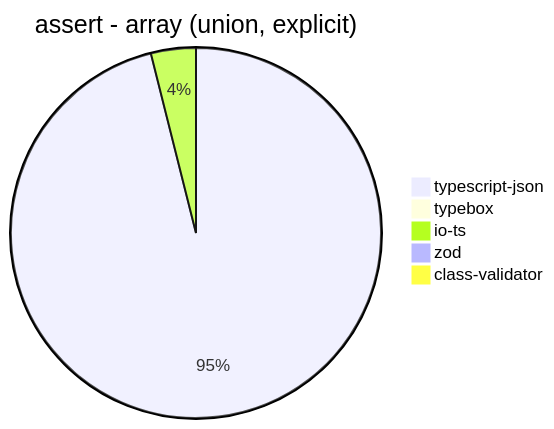
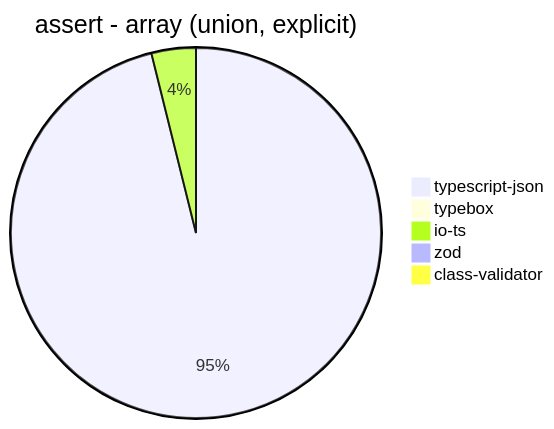
Diagram 14 of 38 in benchmark/results/11th Gen Intel(R) Core(TM) i5-1135G7 @ 2.40GHz.md (samchon/typia), drawn with Mermaid before and after one commit. The commit also changed other lines of this file and 364 other files, not shown here.

````diff
--- a/benchmark/results/11th Gen Intel(R) Core(TM) i5-1135G7 @ 2.40GHz.md
+++ b/benchmark/results/11th Gen Intel(R) Core(TM) i5-1135G7 @ 2.40GHz.md
@@ -176,8 +176,8 @@
 ```mermaid
 pie title assert - array (union, explicit)
-  "typescript-json": 1915.793344364773
-  "typebox": 19.801980198019802
-  "io-ts": 78.1981981981982
-  "zod": 2.800074668657831
-  "class-validator": 7.369614512471656
+  "typescript-json": 1903.4763313609467
+  "typebox": 17.092446241499726
+  "io-ts": 76.69831994156318
+  "zod": 2.849544072948328
+  "class-validator": 7.250418293363079
 ```
````
